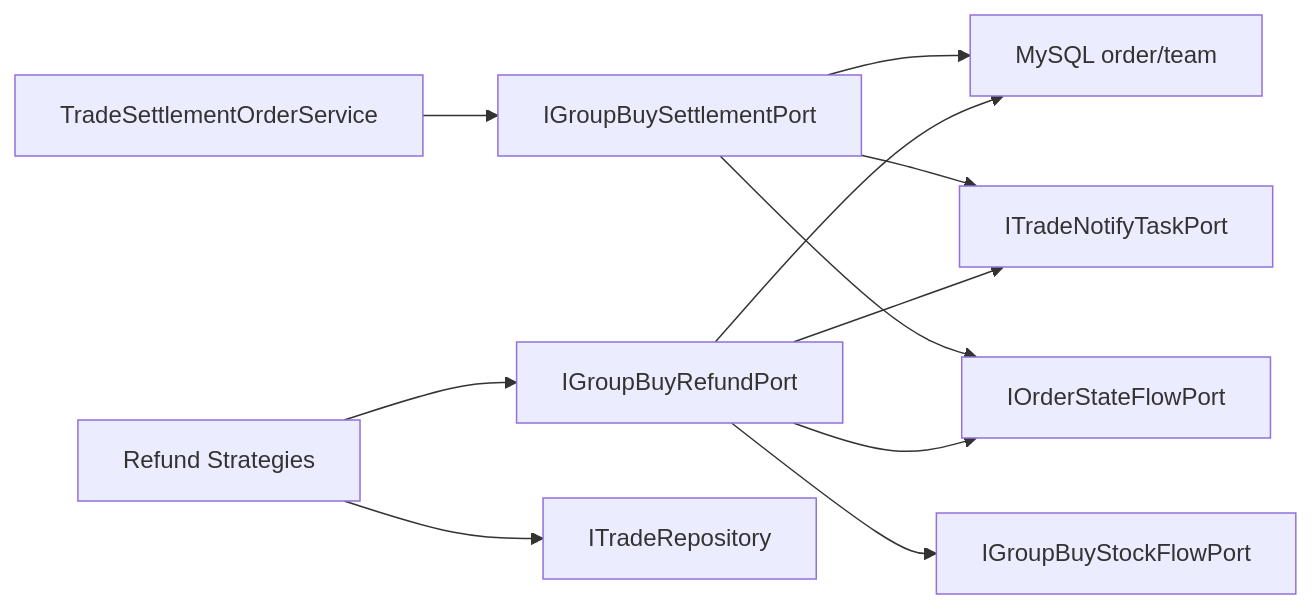
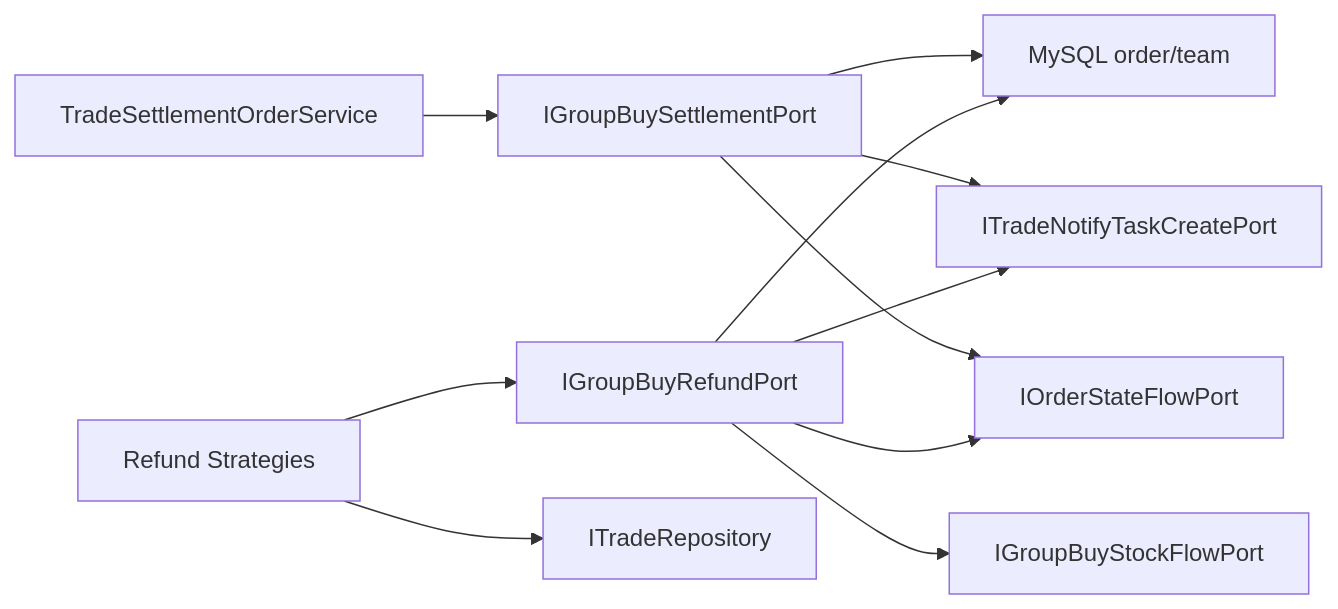
One commit to qsyy0921/my_ecommerce changed the diagram in docs/sdd/2026-05-30-group-buy-settlement-refund-port-split.md. Above: the diagram before and after it, drawn with Mermaid. The commit also changed 18 other files, not shown here.

Commit message:
refactor: split trade notify task ports

````diff
--- a/docs/sdd/2026-05-30-group-buy-settlement-refund-port-split.md
+++ b/docs/sdd/2026-05-30-group-buy-settlement-refund-port-split.md
@@ -19,13 +19,13 @@
 ```mermaid
 flowchart LR
     SettlementService["TradeSettlementOrderService"] --> SettlementPort["IGroupBuySettlementPort"]
     RefundStrategy["Refund Strategies"] --> RefundPort["IGroupBuyRefundPort"]
     RefundStrategy --> QueryRepo["ITradeRepository"]
     SettlementPort --> DB["MySQL order/team"]
     RefundPort --> DB
-    SettlementPort --> Notify["ITradeNotifyTaskPort"]
+    SettlementPort --> Notify["ITradeNotifyTaskCreatePort"]
     RefundPort --> Notify
     SettlementPort --> StateFlow["IOrderStateFlowPort"]
     RefundPort --> StateFlow
     RefundPort --> StockFlow["IGroupBuyStockFlowPort"]
 ```
````
